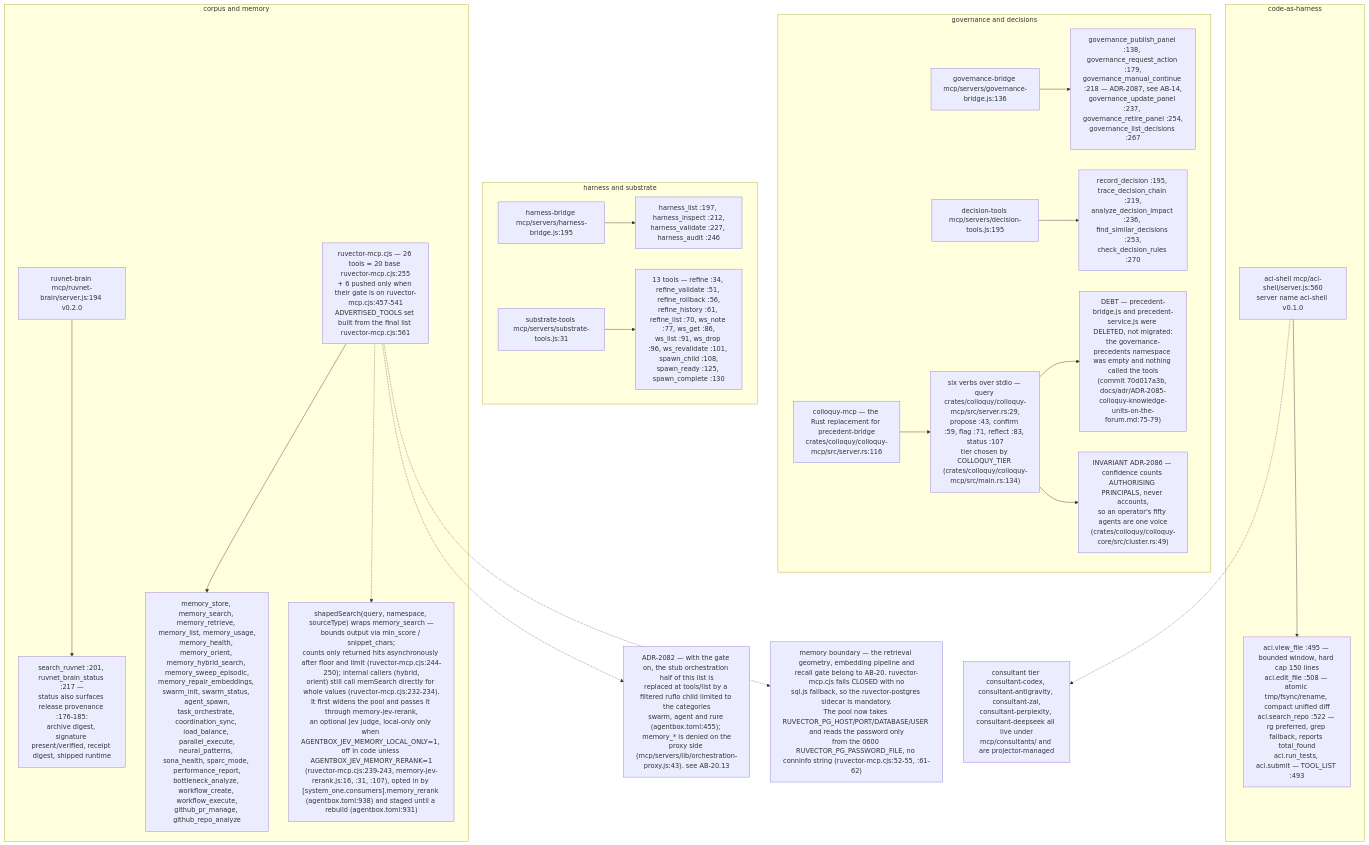
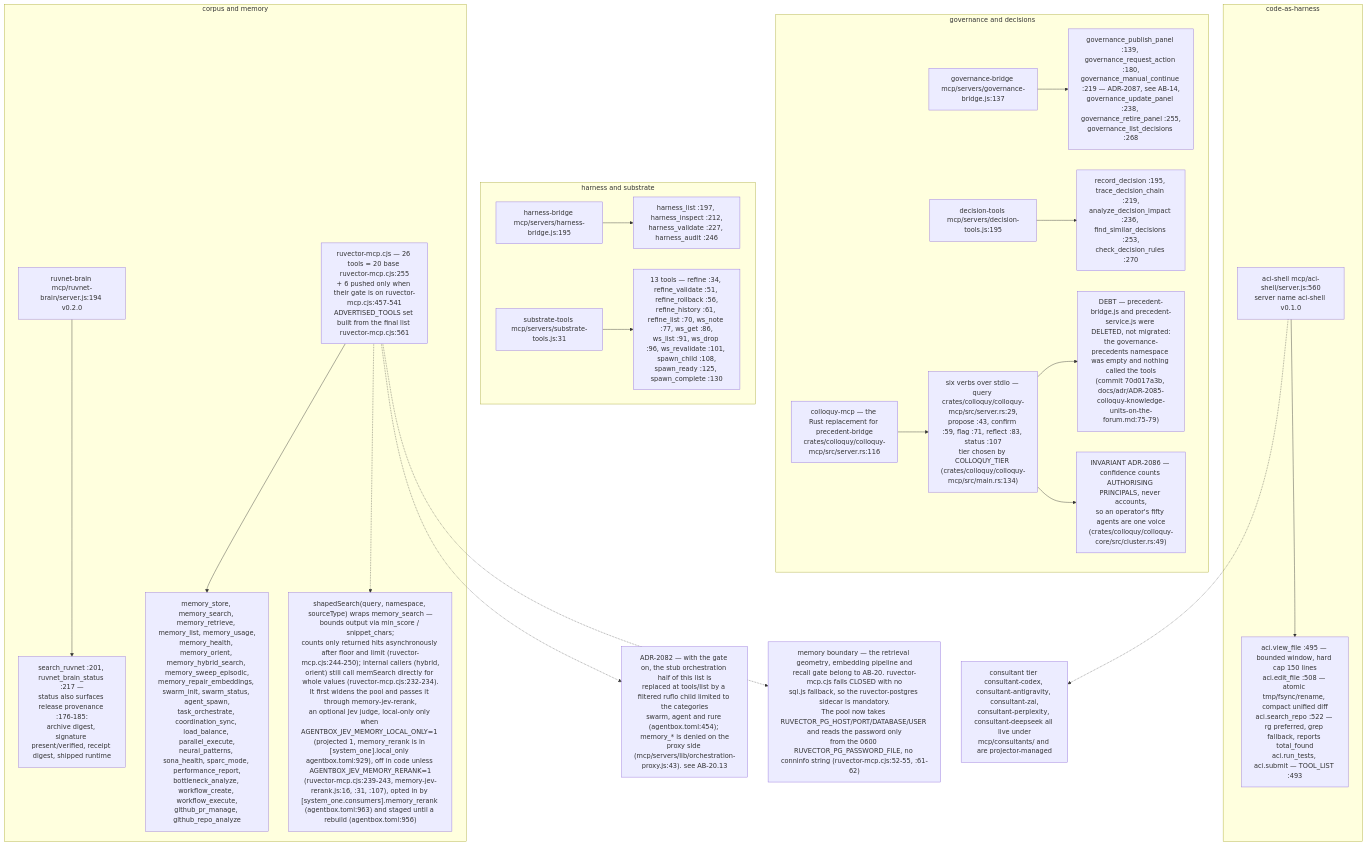
The fifth of 7 diagrams in docs/diagrams/agentbox/09-mcp-servers-catalogue.md (DreamLab-AI/VisionFlow), drawn with Mermaid before and after one commit. The commit also changed other lines of this file and 7 other files, not shown here.

First line of the commit message:
diagrams(agentbox): re-verify AB-09..AB-16 at agentbox 59b1aca, re-stamp

````diff
--- a/docs/diagrams/agentbox/09-mcp-servers-catalogue.md
+++ b/docs/diagrams/agentbox/09-mcp-servers-catalogue.md
@@ -162,26 +162,26 @@
 ```mermaid
 flowchart TB
     subgraph CODE["code-as-harness"]
         A["aci-shell mcp/aci-shell/server.js:560<br/>server name aci-shell v0.1.0"]
         A --> AT["aci.view_file :495 — bounded window, hard cap 150 lines<br/>aci.edit_file :508 — atomic tmp/fsync/rename, compact unified diff<br/>aci.search_repo :522 — rg preferred, grep fallback, reports total_found<br/>aci.run_tests, aci.submit — TOOL_LIST :493"]
     end
     subgraph GOV["governance and decisions"]
-        D["governance-bridge mcp/servers/governance-bridge.js:136"] --> DT["governance_publish_panel :138, governance_request_action :179,<br/>governance_manual_continue :218 — ADR-2087, see AB-14,<br/>governance_update_panel :237, governance_retire_panel :254,<br/>governance_list_decisions :267"]
+        D["governance-bridge mcp/servers/governance-bridge.js:137"] --> DT["governance_publish_panel :139, governance_request_action :180,<br/>governance_manual_continue :219 — ADR-2087, see AB-14,<br/>governance_update_panel :238, governance_retire_panel :255,<br/>governance_list_decisions :268"]
         E["decision-tools mcp/servers/decision-tools.js:195"] --> ET["record_decision :195, trace_decision_chain :219,<br/>analyze_decision_impact :236, find_similar_decisions :253,<br/>check_decision_rules :270"]
         F["colloquy-mcp — the Rust replacement for precedent-bridge<br/>crates/colloquy/colloquy-mcp/src/server.rs:116"] --> FT["six verbs over stdio — query crates/colloquy/colloquy-mcp/src/server.rs:29,<br/>propose :43, confirm :59, flag :71, reflect :83, status :107<br/>tier chosen by COLLOQUY_TIER (crates/colloquy/colloquy-mcp/src/main.rs:134)"]
         FT --> FR["DEBT — precedent-bridge.js and precedent-service.js were DELETED, not migrated:<br/>the governance-precedents namespace was empty and nothing called the tools<br/>(commit 70d017a3b, docs/adr/ADR-2085-colloquy-knowledge-units-on-the-forum.md:75-79)"]
         FT --> FI["INVARIANT ADR-2086 — confidence counts AUTHORISING PRINCIPALS, never accounts,<br/>so an operator's fifty agents are one voice<br/>(crates/colloquy/colloquy-core/src/cluster.rs:49)"]
     end
     subgraph HARN["harness and substrate"]
         G["harness-bridge mcp/servers/harness-bridge.js:195"] --> GT["harness_list :197, harness_inspect :212,<br/>harness_validate :227, harness_audit :246"]
         H["substrate-tools mcp/servers/substrate-tools.js:31"] --> HT["13 tools — refine :34, refine_validate :51, refine_rollback :56,<br/>refine_history :61, refine_list :70, ws_note :77, ws_get :86,<br/>ws_list :91, ws_drop :96, ws_revalidate :101, spawn_child :108,<br/>spawn_ready :125, spawn_complete :130"]
     end
     subgraph KB["corpus and memory"]
         I["ruvnet-brain mcp/ruvnet-brain/server.js:194 v0.2.0"] --> IT["search_ruvnet :201, ruvnet_brain_status :217 —<br/>status also surfaces release provenance :176-185:<br/>archive digest, signature present/verified, receipt digest, shipped runtime"]
         J["ruvector-mcp.cjs — 26 tools = 20 base ruvector-mcp.cjs:255<br/>+ 6 pushed only when their gate is on ruvector-mcp.cjs:457-541<br/>ADVERTISED_TOOLS set built from the final list ruvector-mcp.cjs:561"] --> JT["memory_store, memory_search, memory_retrieve, memory_list, memory_usage,<br/>memory_health, memory_orient, memory_hybrid_search, memory_sweep_episodic,<br/>memory_repair_embeddings, swarm_init, swarm_status, agent_spawn,<br/>task_orchestrate, coordination_sync, load_balance, parallel_execute,<br/>neural_patterns, sona_health, sparc_mode, performance_report,<br/>bottleneck_analyze, workflow_create, workflow_execute,<br/>github_pr_manage, github_repo_analyze"]
-        J -.-> JS["shapedSearch(query, namespace, sourceType) wraps memory_search —<br/>bounds output via min_score / snippet_chars;<br/>counts only returned hits asynchronously after floor and limit (ruvector-mcp.cjs:244-250); internal callers (hybrid,<br/>orient) still call memSearch directly for whole values (ruvector-mcp.cjs:232-234).<br/>It first widens the pool and passes it through memory-jev-rerank,<br/>an optional Jev judge, local-only only when AGENTBOX_JEV_MEMORY_LOCAL_ONLY=1, off in code unless AGENTBOX_JEV_MEMORY_RERANK=1<br/>(ruvector-mcp.cjs:239-243, memory-jev-rerank.js:16, :31, :107), opted in by [system_one.consumers].memory_rerank (agentbox.toml:938) and staged until a rebuild (agentbox.toml:931)"]
+        J -.-> JS["shapedSearch(query, namespace, sourceType) wraps memory_search —<br/>bounds output via min_score / snippet_chars;<br/>counts only returned hits asynchronously after floor and limit (ruvector-mcp.cjs:244-250); internal callers (hybrid,<br/>orient) still call memSearch directly for whole values (ruvector-mcp.cjs:232-234).<br/>It first widens the pool and passes it through memory-jev-rerank,<br/>an optional Jev judge, local-only only when AGENTBOX_JEV_MEMORY_LOCAL_ONLY=1 (projected 1, memory_rerank is in [system_one].local_only agentbox.toml:929), off in code unless AGENTBOX_JEV_MEMORY_RERANK=1<br/>(ruvector-mcp.cjs:239-243, memory-jev-rerank.js:16, :31, :107), opted in by [system_one.consumers].memory_rerank (agentbox.toml:963) and staged until a rebuild (agentbox.toml:956)"]
     end
-    J -.-> RVO["ADR-2082 — with the gate on, the stub orchestration half of this list is<br/>replaced at tools/list by a filtered ruflo child limited to the categories<br/>swarm, agent and rure (agentbox.toml:455); memory_* is denied on the<br/>proxy side (mcp/servers/lib/orchestration-proxy.js:43). see AB-20.13"]
+    J -.-> RVO["ADR-2082 — with the gate on, the stub orchestration half of this list is<br/>replaced at tools/list by a filtered ruflo child limited to the categories<br/>swarm, agent and rure (agentbox.toml:454); memory_* is denied on the<br/>proxy side (mcp/servers/lib/orchestration-proxy.js:43). see AB-20.13"]
     J -.-> RVB["memory boundary — the retrieval geometry, embedding pipeline and<br/>recall gate belong to AB-20. ruvector-mcp.cjs fails CLOSED with no<br/>sql.js fallback, so the ruvector-postgres sidecar is mandatory.<br/>The pool now takes RUVECTOR_PG_HOST/PORT/DATABASE/USER and reads the password only<br/>from the 0600 RUVECTOR_PG_PASSWORD_FILE, no conninfo string (ruvector-mcp.cjs:52-55, :61-62)"]
     A -.-> AB["consultant tier consultant-codex, consultant-antigravity, consultant-zai,<br/>consultant-perplexity, consultant-deepseek all live under<br/>mcp/consultants/ and are projector-managed"]
 ```
````
